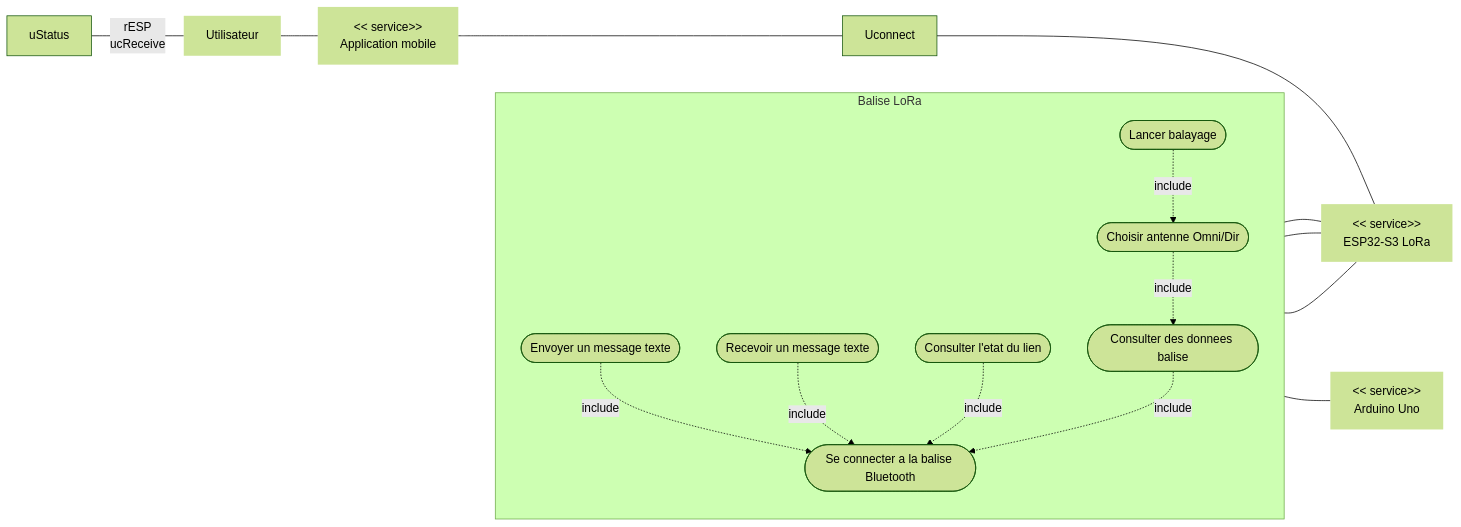
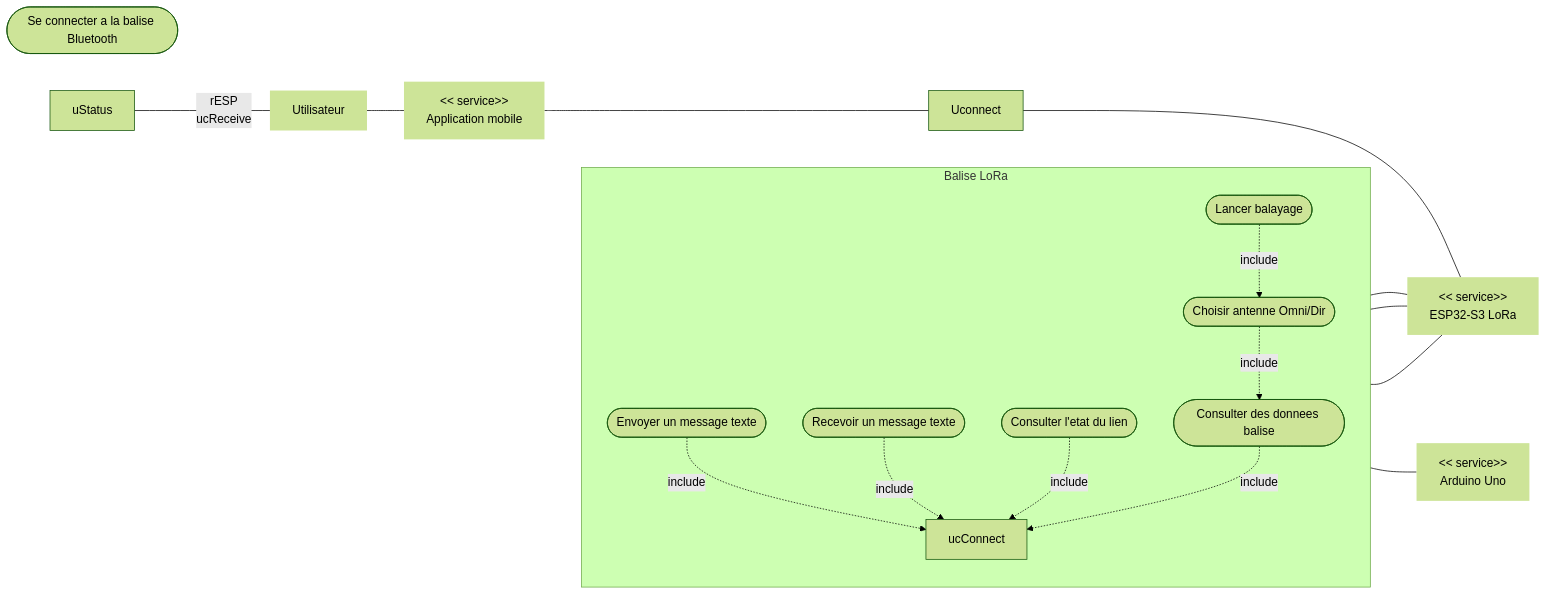
One commit to SHU445/Projet-LoRa-72h changed the first of 7 diagrams in Diagrammes_SysML_Projet_LoRa.md. Above: the diagram before and after it, drawn with Mermaid (forest theme).

Commit message:
"CorrectUseCase2.1"

````diff
--- a/Diagrammes_SysML_Projet_LoRa.md
+++ b/Diagrammes_SysML_Projet_LoRa.md
@@ -12,40 +12,40 @@
 ```mermaid
 flowchart LR
   rU["Utilisateur"]:::role
   rAPP["<< service>>\nApplication mobile"]:::role
   rESP["<< service>>\nESP32-S3 LoRa"]:::role
   rARD["<< service>>\nArduino Uno"]:::role
+  rConnect([Se connecter a la balise Bluetooth])
 
   subgraph S["Balise LoRa"]
     direction TB
-    ucConnect([Se connecter a la balise Bluetooth])
     ucSend([Envoyer un message texte])
     ucReceive([Recevoir un message texte])
     ucStatus([Consulter l'etat du lien])
     ucData([Consulter des donnees balise])
     ucSelectAntenna([Choisir antenne Omni/Dir])
     ucScan([Lancer balayage])
 
     ucSend -. include .-> ucConnect
     ucReceive -. include .-> ucConnect
     ucStatus -. include .-> ucConnect
     ucData -. include .-> ucConnect
     ucSelectAntenna -. include .-> ucData
     ucScan -. include .-> ucSelectAntenna
   end
 
   rU --- rAPP
   rAPP --- Uconnect
   Uconnect --- rESP
 
   ucSend --- rESP
   uStatus --rESP
   ucReceive --- rU
   ucData --- rESP
   ucSelectAntenna --- rESP
 
 
   ucScan --- rARD
 
   classDef role stroke-width:0px;
 ```
````
